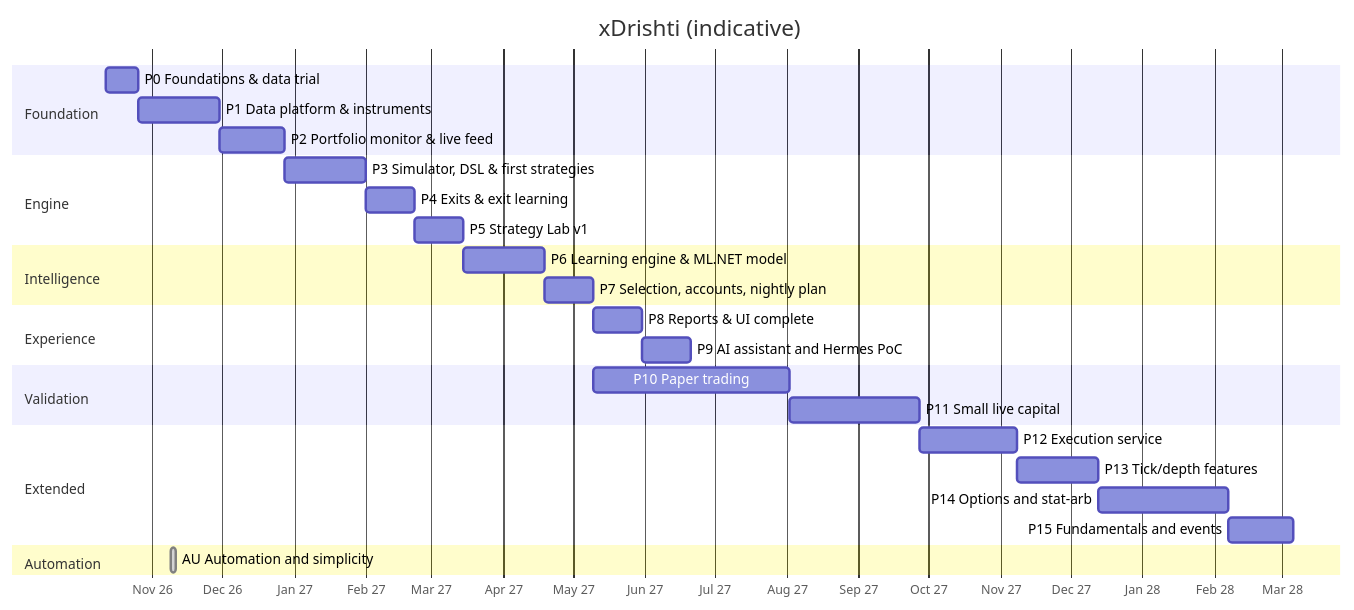
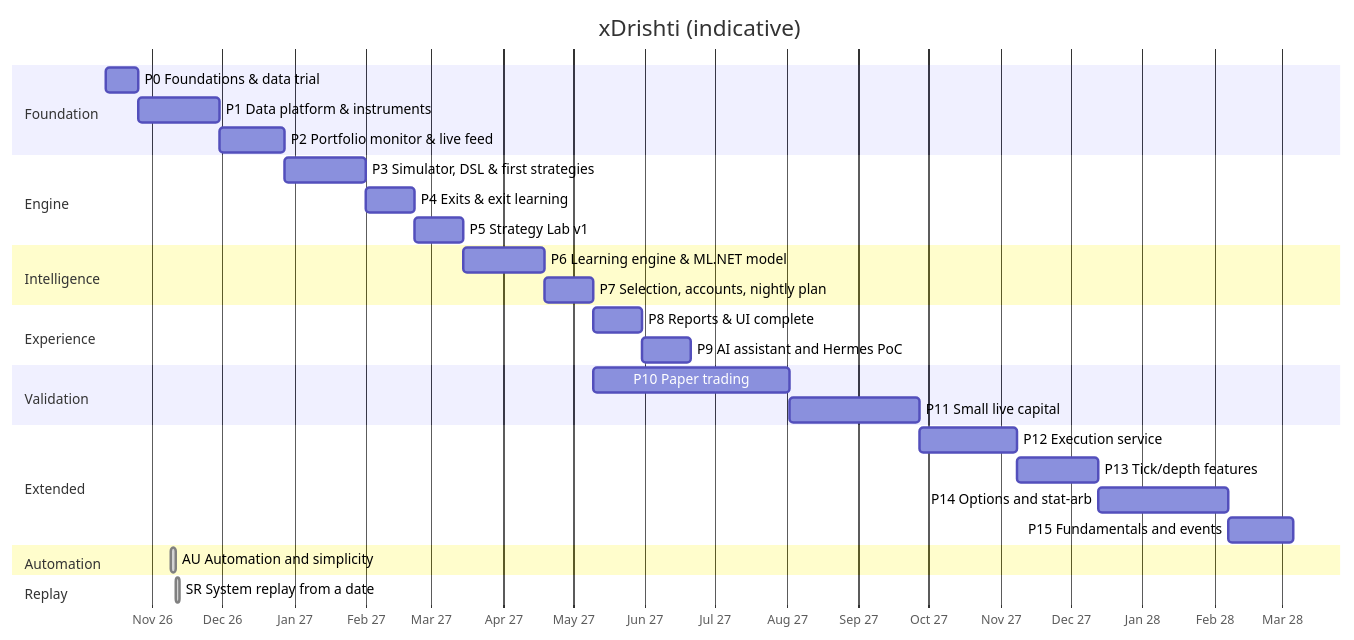
One commit to hemsingh81/xDrishti changed the diagram in docs/design/18-roadmap.md. Above: the diagram before and after it, drawn with Mermaid. The commit also changed other lines of this file and 1 other file, not shown here.

Commit message:
SR-01: roadmap rows per part, Gantt bar, spec status built

````diff
--- a/docs/design/18-roadmap.md
+++ b/docs/design/18-roadmap.md
@@ -6,30 +6,32 @@
 ```mermaid
 gantt
     dateFormat  YYYY-MM-DD
     axisFormat  %b %y
     title xDrishti (indicative)
     section Foundation
     P0 Foundations & data trial          :p0, 2026-10-12, 2w
     P1 Data platform & instruments       :p1, after p0, 5w
     P2 Portfolio monitor & live feed     :p2, after p1, 4w
     section Engine
     P3 Simulator, DSL & first strategies :p3, after p2, 5w
     P4 Exits & exit learning             :p4, after p3, 3w
     P5 Strategy Lab v1                   :p5, after p4, 3w
     section Intelligence
     P6 Learning engine & ML.NET model    :p6, after p5, 5w
     P7 Selection, accounts, nightly plan :p7, after p6, 3w
     section Experience
     P8 Reports & UI complete             :p8, after p7, 3w
     P9 AI assistant and Hermes PoC       :p9, after p8, 3w
     section Validation
     P10 Paper trading                    :p10, after p7, 12w
     P11 Small live capital               :p11, after p10, 8w
     section Extended
     P12 Execution service                :p12, after p11, 6w
     P13 Tick/depth features              :p13, after p12, 5w
     P14 Options and stat-arb             :p14, after p13, 8w
     P15 Fundamentals and events          :p15, after p14, 4w
     section Automation
     AU Automation and simplicity         :done, au, 2026-11-09, 2d
+    section Replay
+    SR System replay from a date         :done, sr, 2026-11-11, 2d
 ```
````
